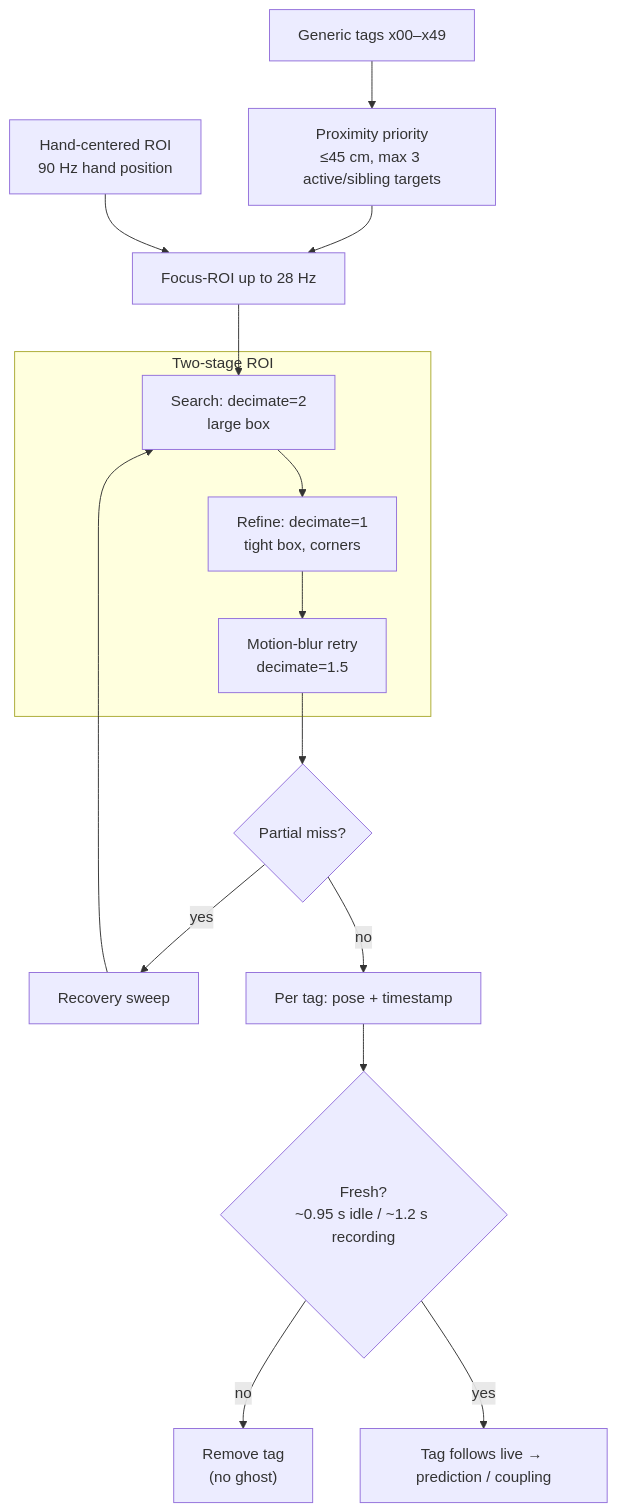
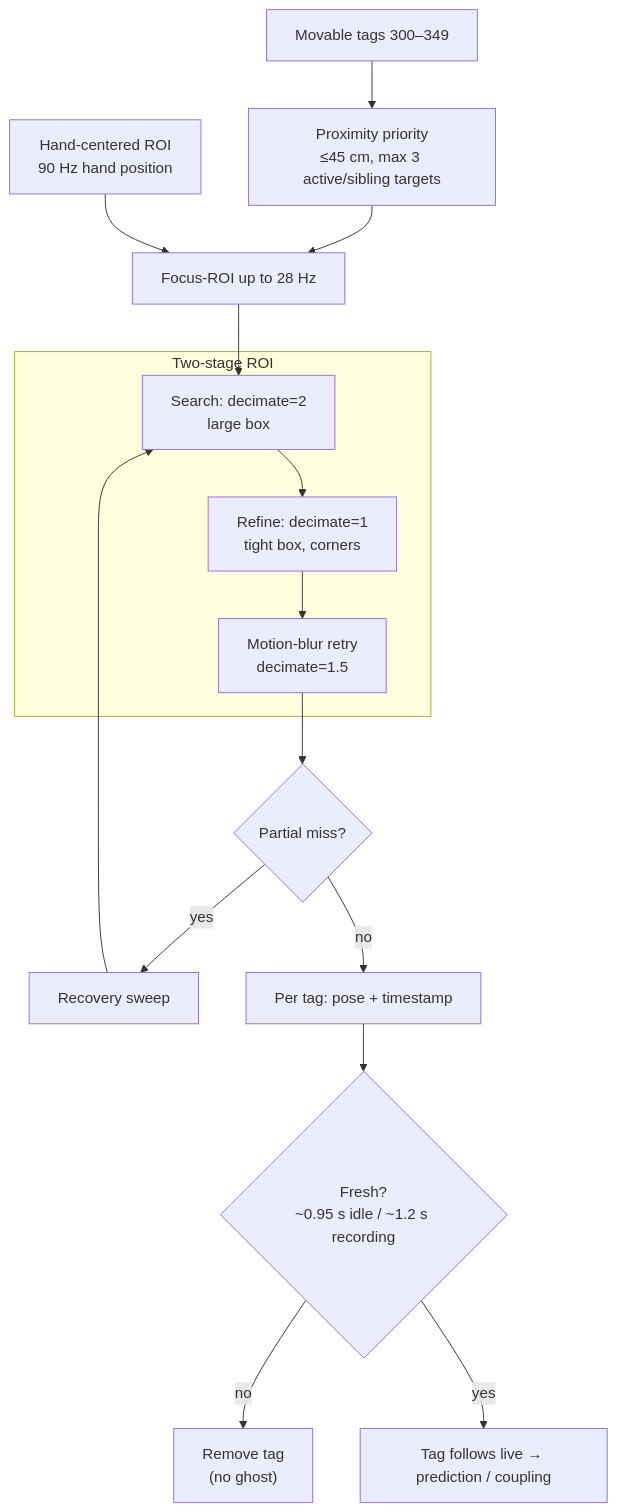
One commit to PiMaV/Quest3-WebXR-AprilTag changed the fifth of 9 diagrams in docs/diagrams.md. Above: the diagram before and after it, drawn with Mermaid. The commit also changed other lines of this file and 21 other files, not shown here.

Commit message:
docs(wip): add Quarto technical paper drafts and update calibration diagram

````diff
--- a/docs/diagrams.md
+++ b/docs/diagrams.md
@@ -105,17 +109,17 @@
 ```mermaid
 flowchart TD
-  IDS["Generic tags x00–x49"] --> PRIO["Proximity priority<br/>≤45 cm, max 3 active/sibling targets"]
+  IDS["Movable tags 300–349"] --> PRIO["Proximity priority<br/>≤45 cm, max 3 active/sibling targets"]
   PRIO --> ROI["Focus-ROI up to 28 Hz"]
   subgraph TWO ["Two-stage ROI"]
     R1["Search: decimate=2<br/>large box"] --> R2["Refine: decimate=1<br/>tight box, corners"]
     R2 --> R3["Motion-blur retry<br/>decimate=1.5"]
   end
   ROI --> R1
   R3 --> MISS{"Partial miss?"}
   MISS -- yes --> SWEEP["Recovery sweep"] --> R1
   MISS -- no --> FRESH["Per tag: pose + timestamp"]
   HROI["Hand-centered ROI<br/>90 Hz hand position"] --> ROI
   FRESH --> TTL{"Fresh?<br/>~0.95 s idle / ~1.2 s recording"}
   TTL -- no --> GONE["Remove tag<br/>(no ghost)"]
   TTL -- yes --> SHOW["Tag follows live → prediction / coupling"]
 ```
````
